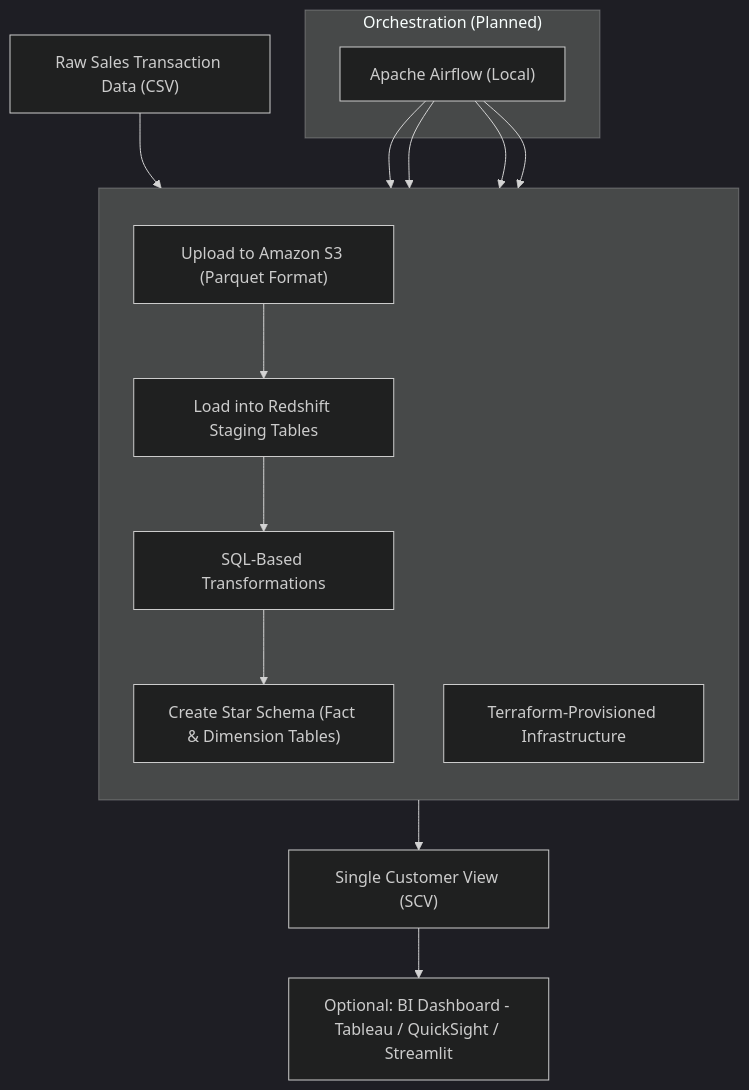
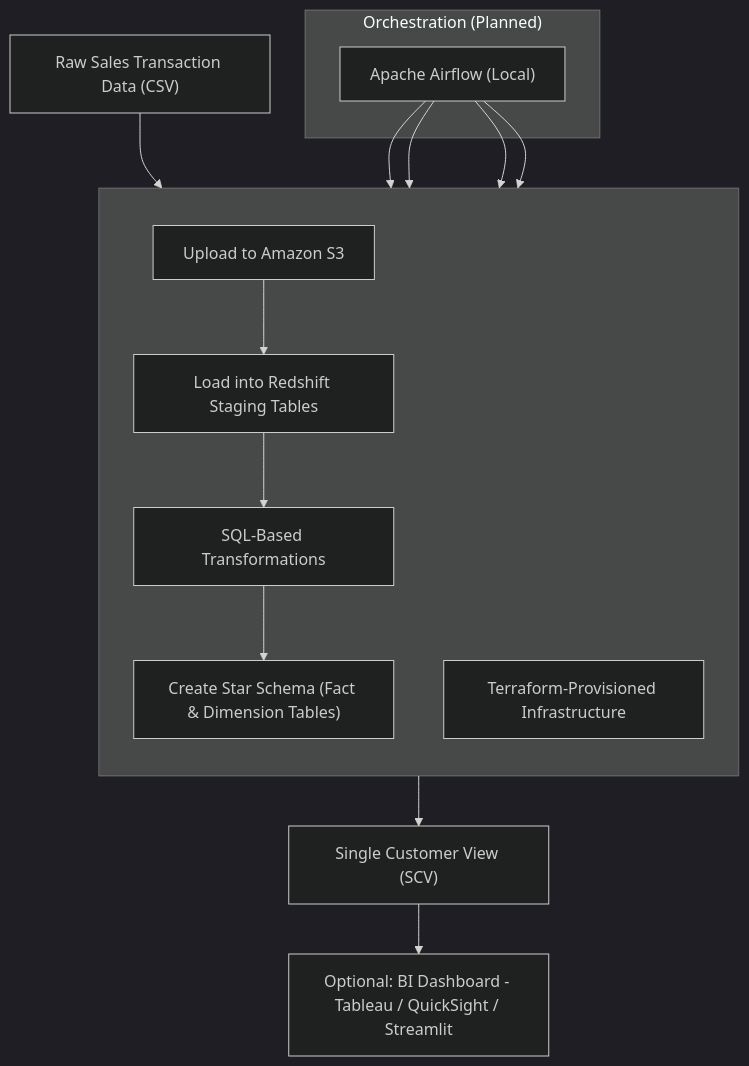
Before and after one commit to tungstennn/EcomDataPipeline-DataOps: the diagram in README.md, drawn with Mermaid (dark theme).

````diff
--- a/README.md
+++ b/README.md
@@ -19,27 +19,27 @@
 ```mermaid
 graph TD
-    A["Raw Sales Transaction Data (CSV)"] --> B["Upload to Amazon S3 (Parquet Format)"]
+    A["Raw Sales Transaction Data (CSV)"] --> B["Upload to Amazon S3"]
     B --> C["Load into Redshift Staging Tables"]
     C --> D["SQL-Based Transformations"]
     D --> E["Create Star Schema (Fact & Dimension Tables)"]
     E --> F["Single Customer View (SCV)"]
     F --> G["Optional: BI Dashboard - Tableau / QuickSight / Streamlit"]
 
     subgraph TF[ ]
         direction TB
         X["Terraform-Provisioned Infrastructure"]
         B
         C
         D
         E
     end
 
     subgraph OR["Orchestration (Planned)"]
         H["Apache Airflow (Local)"]
     end
 
     H --> B
     H --> C
     H --> D
     H --> E
 ```
````
